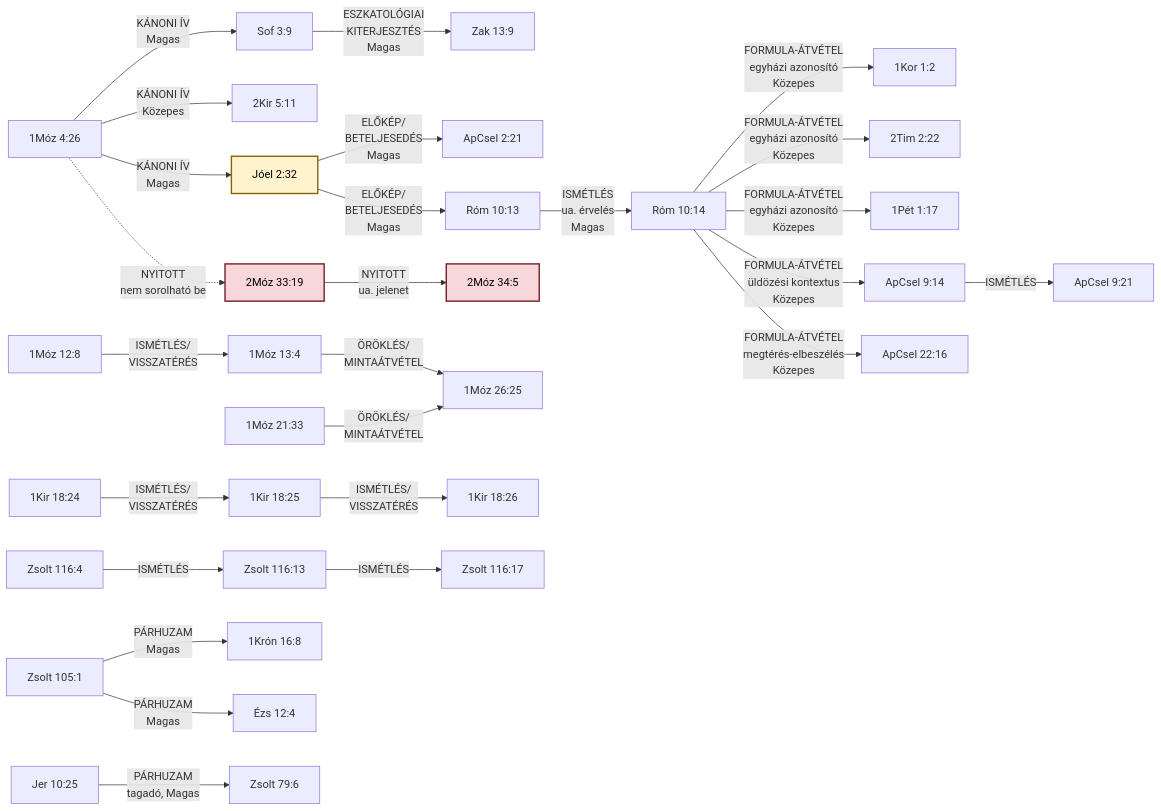
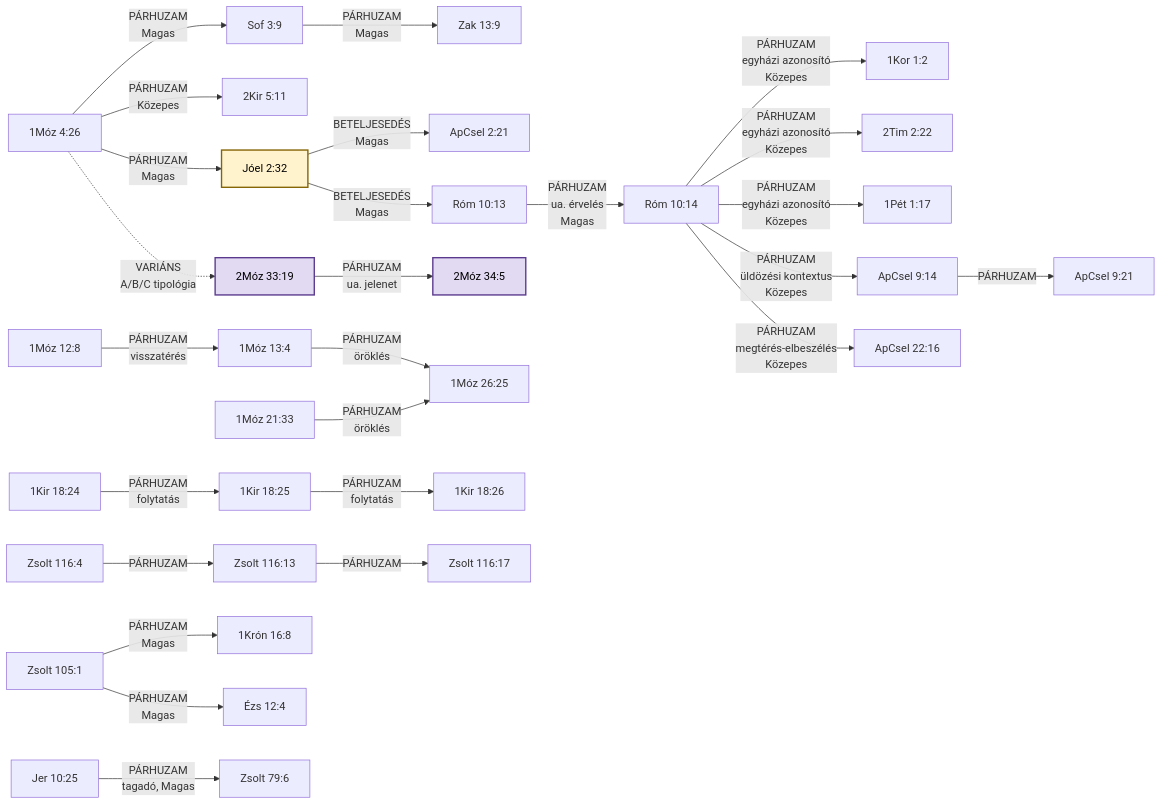
The diagram in motivumlog/lexikon_pilot/ISTENTISZT-001_TUDOMANYOS.md (basesoft777/Bible-Study), drawn with Mermaid before and after one commit. The commit also changed other lines of this file, not shown here.

Commit message:
ISTENTISZT-001 lexikon-oldal: KAPCSOLATOK szakasz áttérve a végleges 5 kategóriás Típus-mezőre, legenda hozzáadva

````diff
--- a/motivumlog/lexikon_pilot/ISTENTISZT-001_TUDOMANYOS.md
+++ b/motivumlog/lexikon_pilot/ISTENTISZT-001_TUDOMANYOS.md
@@ -418,32 +429,32 @@
 ```mermaid
 graph LR
-    A["1Móz 4:26"] -->|"KÁNONI ÍV<br/>Magas"| B["Sof 3:9"]
-    A -->|"KÁNONI ÍV<br/>Közepes"| C["2Kir 5:11"]
-    A -->|"KÁNONI ÍV<br/>Magas"| D["Jóel 2:32"]
-    D -->|"ELŐKÉP/<br/>BETELJESEDÉS<br/>Magas"| E["ApCsel 2:21"]
-    D -->|"ELŐKÉP/<br/>BETELJESEDÉS<br/>Magas"| F["Róm 10:13"]
-    F -->|"ISMÉTLÉS<br/>ua. érvelés<br/>Magas"| X["Róm 10:14"]
-    A -.->|"NYITOTT<br/>nem sorolható be"| G["2Móz 33:19"]
-    G -->|"NYITOTT<br/>ua. jelenet"| H["2Móz 34:5"]
-    I["1Móz 12:8"] -->|"ISMÉTLÉS/<br/>VISSZATÉRÉS"| J["1Móz 13:4"]
-    J -->|"ÖRÖKLÉS/<br/>MINTAÁTVÉTEL"| K["1Móz 26:25"]
-    L["1Móz 21:33"] -->|"ÖRÖKLÉS/<br/>MINTAÁTVÉTEL"| K
-    M["1Kir 18:24"] -->|"ISMÉTLÉS/<br/>VISSZATÉRÉS"| N["1Kir 18:25"]
-    N -->|"ISMÉTLÉS/<br/>VISSZATÉRÉS"| O["1Kir 18:26"]
-    P["Zsolt 116:4"] -->|"ISMÉTLÉS"| Q["Zsolt 116:13"]
-    Q -->|"ISMÉTLÉS"| R["Zsolt 116:17"]
+    A["1Móz 4:26"] -->|"PÁRHUZAM<br/>Magas"| B["Sof 3:9"]
+    A -->|"PÁRHUZAM<br/>Közepes"| C["2Kir 5:11"]
+    A -->|"PÁRHUZAM<br/>Magas"| D["Jóel 2:32"]
+    D -->|"BETELJESEDÉS<br/>Magas"| E["ApCsel 2:21"]
+    D -->|"BETELJESEDÉS<br/>Magas"| F["Róm 10:13"]
+    F -->|"PÁRHUZAM<br/>ua. érvelés<br/>Magas"| X["Róm 10:14"]
+    A -.->|"VARIÁNS<br/>A/B/C tipológia"| G["2Móz 33:19"]
+    G -->|"PÁRHUZAM<br/>ua. jelenet"| H["2Móz 34:5"]
+    I["1Móz 12:8"] -->|"PÁRHUZAM<br/>visszatérés"| J["1Móz 13:4"]
+    J -->|"PÁRHUZAM<br/>öröklés"| K["1Móz 26:25"]
+    L["1Móz 21:33"] -->|"PÁRHUZAM<br/>öröklés"| K
+    M["1Kir 18:24"] -->|"PÁRHUZAM<br/>folytatás"| N["1Kir 18:25"]
+    N -->|"PÁRHUZAM<br/>folytatás"| O["1Kir 18:26"]
+    P["Zsolt 116:4"] -->|"PÁRHUZAM"| Q["Zsolt 116:13"]
+    Q -->|"PÁRHUZAM"| R["Zsolt 116:17"]
     S["Zsolt 105:1"] -->|"PÁRHUZAM<br/>Magas"| T["1Krón 16:8"]
     S -->|"PÁRHUZAM<br/>Magas"| U["Ézs 12:4"]
     V["Jer 10:25"] -->|"PÁRHUZAM<br/>tagadó, Magas"| W["Zsolt 79:6"]
-    B -->|"ESZKATOLÓGIAI<br/>KITERJESZTÉS<br/>Magas"| YY["Zak 13:9"]
-    X -->|"FORMULA-ÁTVÉTEL<br/>egyházi azonosító<br/>Közepes"| AA["1Kor 1:2"]
-    X -->|"FORMULA-ÁTVÉTEL<br/>egyházi azonosító<br/>Közepes"| BB["2Tim 2:22"]
-    X -->|"FORMULA-ÁTVÉTEL<br/>egyházi azonosító<br/>Közepes"| CC["1Pét 1:17"]
-    X -->|"FORMULA-ÁTVÉTEL<br/>üldözési kontextus<br/>Közepes"| DD["ApCsel 9:14"]
-    DD -->|"ISMÉTLÉS"| EE["ApCsel 9:21"]
-    X -->|"FORMULA-ÁTVÉTEL<br/>megtérés-elbeszélés<br/>Közepes"| FF["ApCsel 22:16"]
+    B -->|"PÁRHUZAM<br/>Magas"| YY["Zak 13:9"]
+    X -->|"PÁRHUZAM<br/>egyházi azonosító<br/>Közepes"| AA["1Kor 1:2"]
+    X -->|"PÁRHUZAM<br/>egyházi azonosító<br/>Közepes"| BB["2Tim 2:22"]
+    X -->|"PÁRHUZAM<br/>egyházi azonosító<br/>Közepes"| CC["1Pét 1:17"]
+    X -->|"PÁRHUZAM<br/>üldözési kontextus<br/>Közepes"| DD["ApCsel 9:14"]
+    DD -->|"PÁRHUZAM"| EE["ApCsel 9:21"]
+    X -->|"PÁRHUZAM<br/>megtérés-elbeszélés<br/>Közepes"| FF["ApCsel 22:16"]
 
     style D fill:#fff3cd,stroke:#856404,stroke-width:2px,color:#000000
-    style G fill:#f8d7da,stroke:#721c24,stroke-width:2px,color:#000000
-    style H fill:#f8d7da,stroke:#721c24,stroke-width:2px,color:#000000
+    style G fill:#e2d9f3,stroke:#5b3a8e,stroke-width:2px,color:#000000
+    style H fill:#e2d9f3,stroke:#5b3a8e,stroke-width:2px,color:#000000
 ```
````
